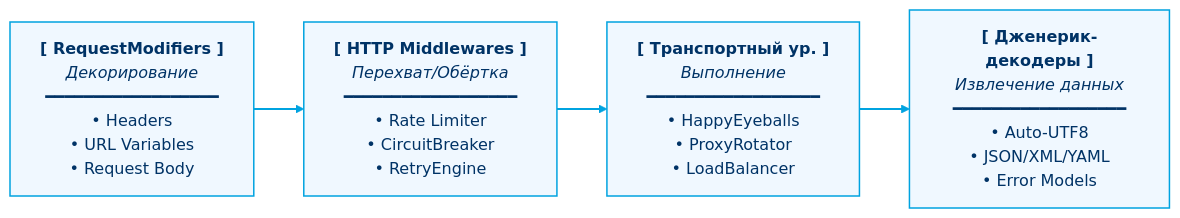
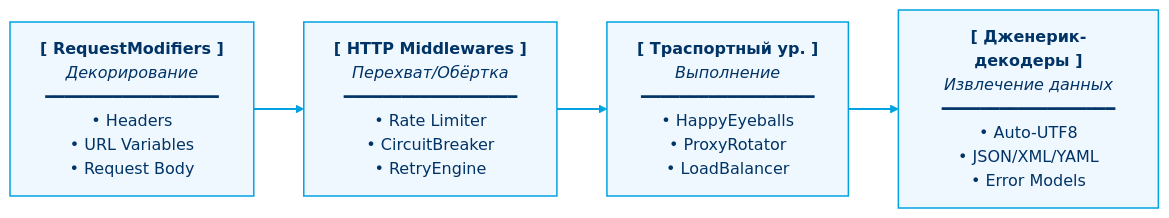
Before and after one commit to Lemon4ksan/aoni: the diagram in README_RU.md, drawn with Mermaid (base theme). The commit also changed other lines of this file and 12 other files, not shown here.

````diff
--- a/README_RU.md
+++ b/README_RU.md
@@ -38,13 +38,13 @@
 ```mermaid
 flowchart LR
     %% Styling
     classDef ice fill:#f0f8ff,stroke:#00a3e0,stroke-width:1.5px,color:#003366;
     linkStyle default stroke:#00a3e0,stroke-width:2px;
   
     p1["<b>[ RequestModifiers ]</b><br><i>Декорирование</i><br>━━━━━━━━━━━━━━━━━━<br>• Headers<br>• URL Variables<br>• Request Body"]:::ice
     p2["<b>[ HTTP Middlewares ]</b><br><i>Перехват/Обёртка</i><br>━━━━━━━━━━━━━━━━━━<br>• Rate Limiter<br>• CircuitBreaker<br>• RetryEngine"]:::ice
-    p3["<b>[ Транспортный ур. ]</b><br><i>Выполнение</i><br>━━━━━━━━━━━━━━━━━━<br>• HappyEyeballs<br>• ProxyRotator<br>• LoadBalancer"]:::ice
+    p3["<b>[ Траспортный ур. ]</b><br><i>Выполнение</i><br>━━━━━━━━━━━━━━━━━━<br>• HappyEyeballs<br>• ProxyRotator<br>• LoadBalancer"]:::ice
     p4["<b>[ Дженерик-декодеры ]</b><br><i>Извлечение данных</i><br>━━━━━━━━━━━━━━━━━━<br>• Auto-UTF8<br>• JSON/XML/YAML<br>• Error Models"]:::ice
   
     p1 --> p2 --> p3 --> p4
 ```
````
